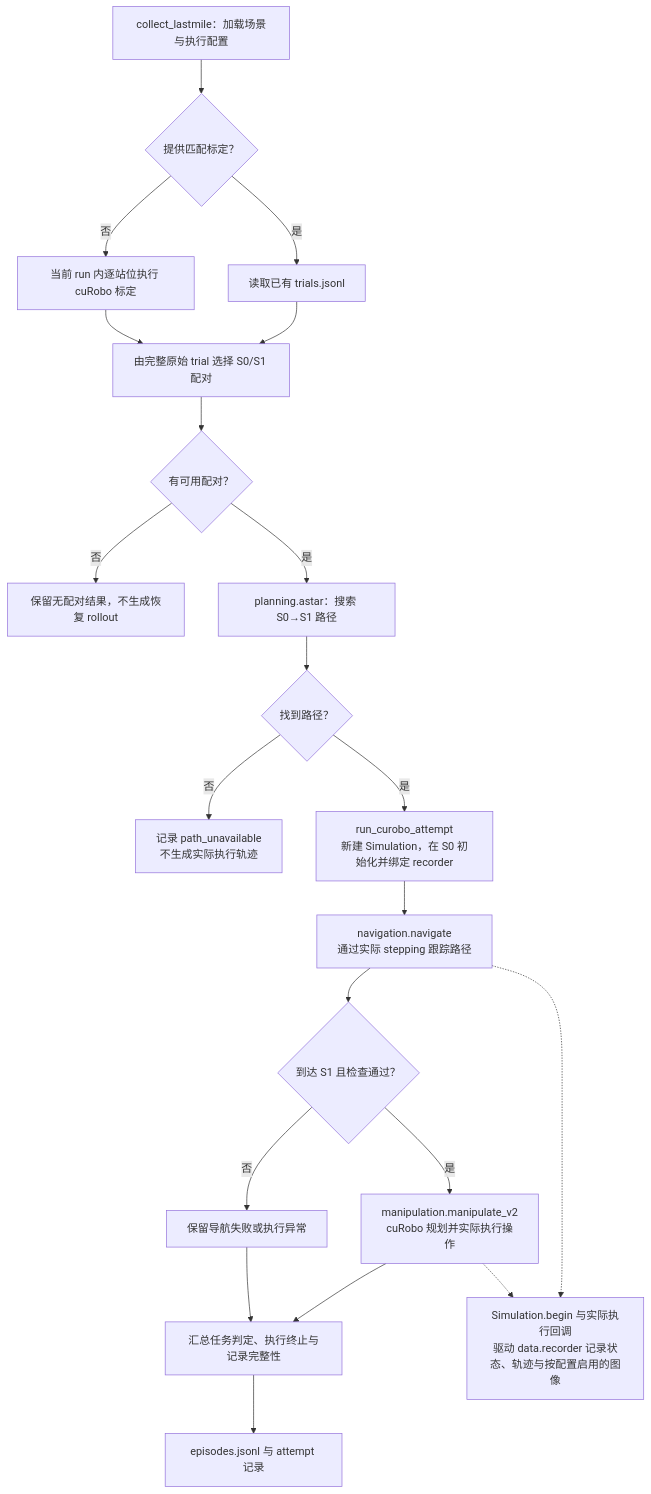
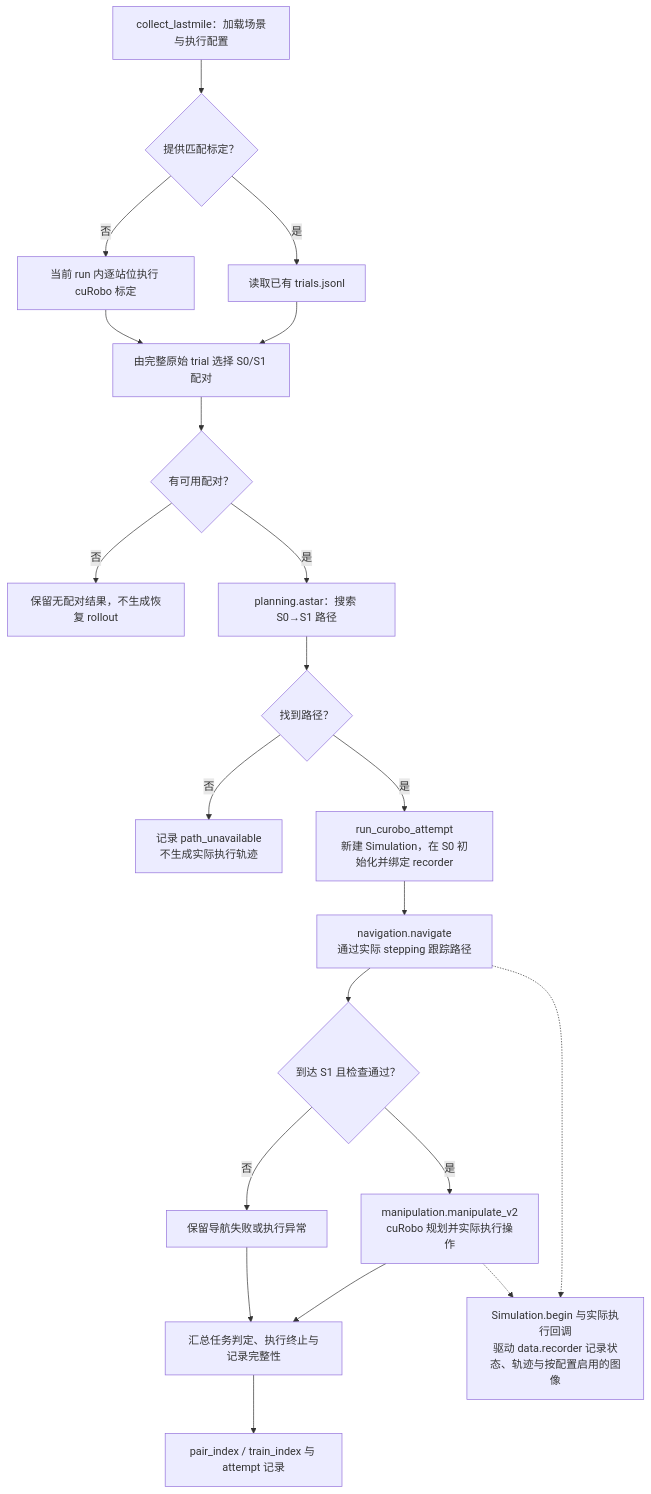
The second of 2 diagrams in docs/architecture.md (yifanwin/LastMileDataFlow), drawn with Mermaid before and after one commit. The commit also changed other lines of this file and 24 other files, not shown here.

````diff
--- a/docs/architecture.md
+++ b/docs/architecture.md
@@ -126,23 +126,23 @@
 ```mermaid
 flowchart TD
     START["collect_lastmile：加载场景与执行配置"] --> MATCH{"提供匹配标定？"}
     MATCH -->|是| REUSE["读取已有 trials.jsonl"]
     MATCH -->|否| CALIBRATE["当前 run 内逐站位执行 cuRobo 标定"]
     REUSE --> PAIR["由完整原始 trial 选择 S0/S1 配对"]
     CALIBRATE --> PAIR
     PAIR --> HASPAIR{"有可用配对？"}
     HASPAIR -->|否| EMPTY["保留无配对结果，不生成恢复 rollout"]
     HASPAIR -->|是| ASTAR["planning.astar：搜索 S0→S1 路径"]
     ASTAR --> PATH{"找到路径？"}
     PATH -->|否| NOPATH["记录 path_unavailable<br/>不生成实际执行轨迹"]
     PATH -->|是| ATTEMPT["run_curobo_attempt<br/>新建 Simulation，在 S0 初始化并绑定 recorder"]
     ATTEMPT --> NAV["navigation.navigate<br/>通过实际 stepping 跟踪路径"]
     NAV --> ARRIVE{"到达 S1 且检查通过？"}
     ARRIVE -->|是| OP["manipulation.manipulate_v2<br/>cuRobo 规划并实际执行操作"]
     ARRIVE -->|否| FAILED["保留导航失败或执行异常"]
     OP --> OUT["汇总任务判定、执行终止与记录完整性"]
     FAILED --> OUT
-    OUT --> WRITE["episodes.jsonl 与 attempt 记录"]
+    OUT --> WRITE["pair_index / train_index 与 attempt 记录"]
     NAV -.-> RECORD["Simulation.begin 与实际执行回调<br/>驱动 data.recorder 记录状态、轨迹与按配置启用的图像"]
     OP -.-> RECORD
 ```
````
